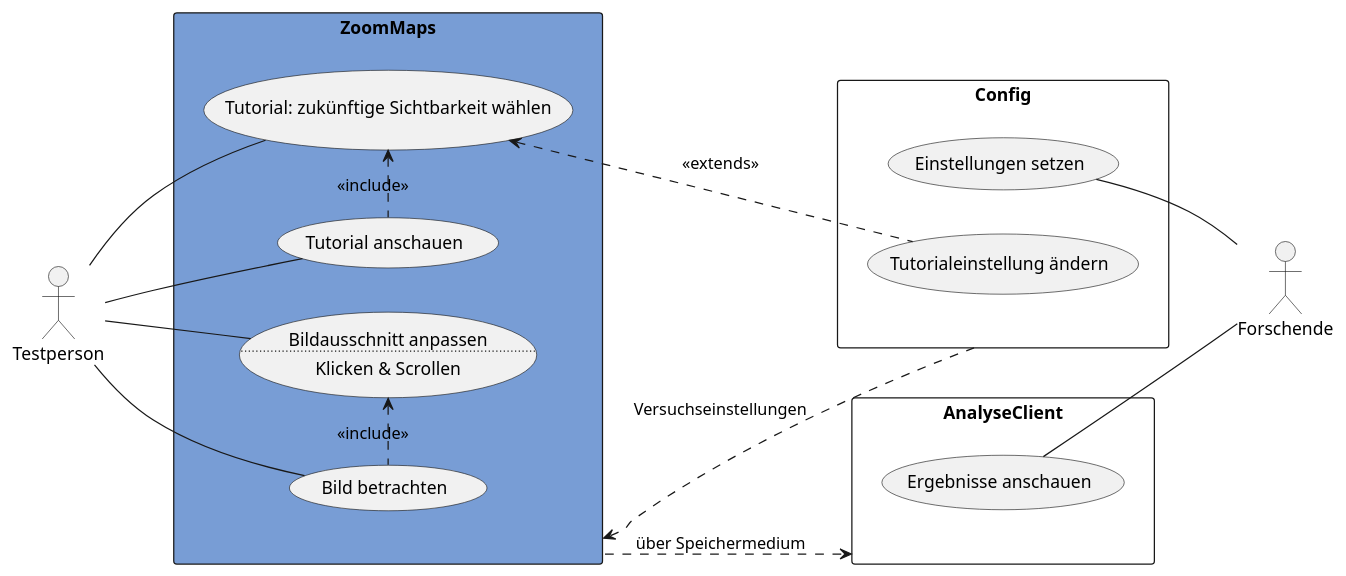
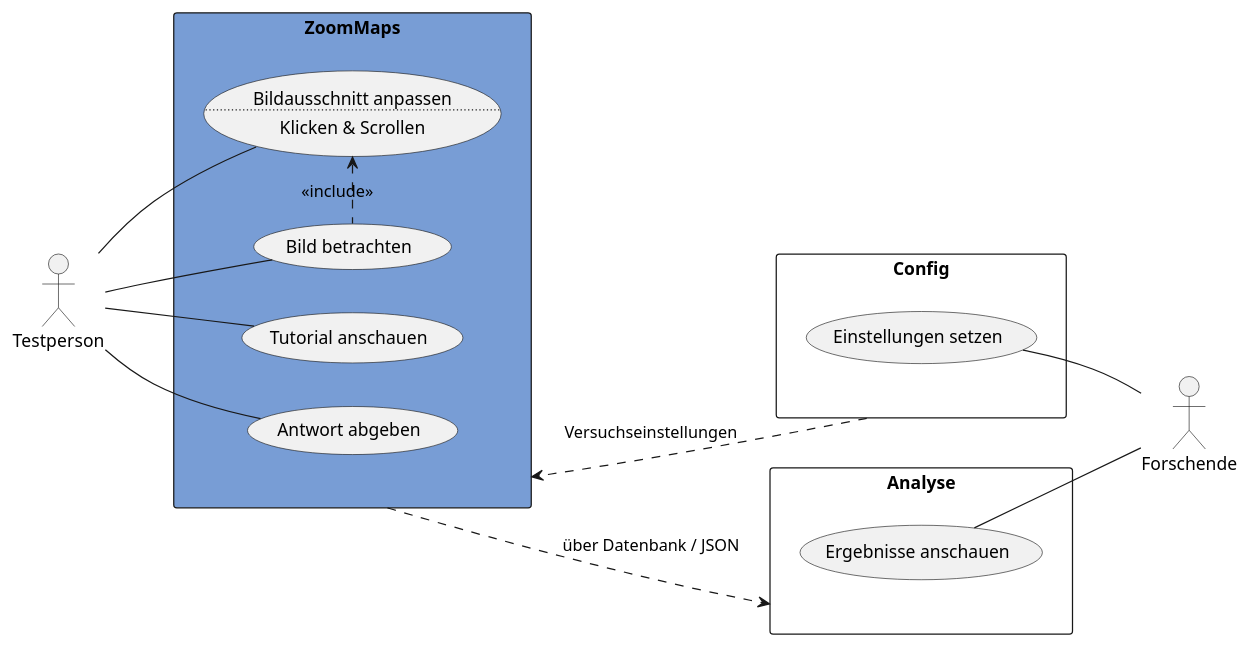
The diagram in uml-usecase/zoommaps/usecase-zoommaps.puml (weichware-10/dokumente), drawn with PlantUML before and after one commit. The commit also changed 23 other files, not shown here.

First line of the commit message:
[docs] Usecase-Diagramme (#24)

```diff
--- a/uml-usecase/zoommaps/usecase-zoommaps.puml
+++ b/uml-usecase/zoommaps/usecase-zoommaps.puml
@@ -1,42 +1,39 @@
 @startuml zoommaps
 left to right direction
 
 actor Testperson as t
 actor Forschende as f
 
 rectangle ZoomMaps as z #789dd5 {
     usecase "Tutorial anschauen" as td
-    usecase "Tutorial: zukünftige Sichtbarkeit wählen" as tw
     usecase "Bild betrachten" as bb
+    usecase "Antwort abgeben" as aa
     usecase ba as "Bildausschnitt anpassen
     ..
     Klicken & Scrollen"
-    td .l.> tw : <<include>>
     bb .l.> ba : <<include>>
-}
-
-rectangle AnalyseClient as a {
-    usecase "Ergebnisse anschauen" as ea
 }
 
 rectangle Config as c {
     usecase "Einstellungen setzen" as es
-    usecase "Tutorialeinstellung ändern" as tä
+}
+
+rectangle Analyse as a {
+    usecase "Ergebnisse anschauen" as ea
 }
 
 ' Testperson
 t -- td
 t -- bb
 t -- ba
-t -- tw
+t -- aa
 
 ' Forschende
 es -- f
 ea -- f
 
 ' intern
-tw <.. tä : <<extends>>
-z ..> a : über Speichermedium
+z ..> a : über Datenbank / JSON
 z <.. c : Versuchseinstellungen
 
 @enduml
```
